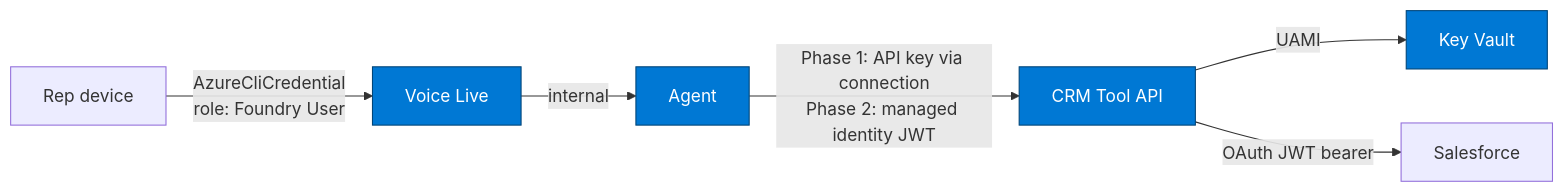
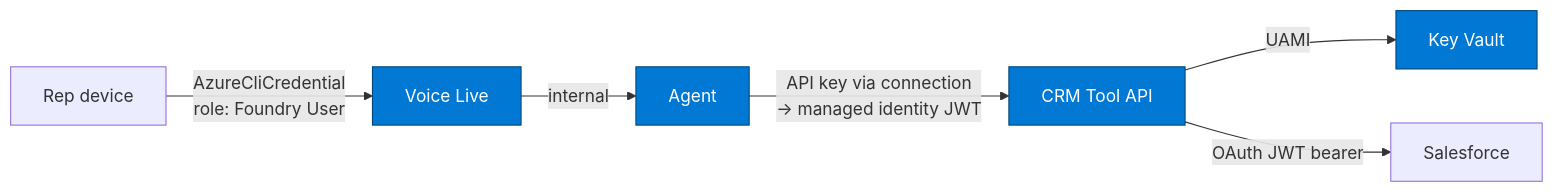
Before and after one commit to mikefelder/foundry-voice-agent-crm-poc: the seventh of 7 diagrams in README.md, drawn with Mermaid. The commit also changed other lines of this file, not shown here.

````diff
--- a/README.md
+++ b/README.md
@@ -336,11 +465,11 @@
 ```mermaid
 graph LR
     DEV["Rep device"] -->|"AzureCliCredential<br/>role: Foundry User"| VL["Voice Live"]
     VL -->|"internal"| AGT["Agent"]
-    AGT -->|"Phase 1: API key via connection<br/>Phase 2: managed identity JWT"| API["CRM Tool API"]
+    AGT -->|"API key via connection<br/>→ managed identity JWT"| API["CRM Tool API"]
     API -->|"UAMI"| KV["Key Vault"]
     API -->|"OAuth JWT bearer"| SF["Salesforce"]
 
     classDef n fill:#0078D4,stroke:#004578,color:#fff
     class VL,AGT,API,KV n
 ```
````
